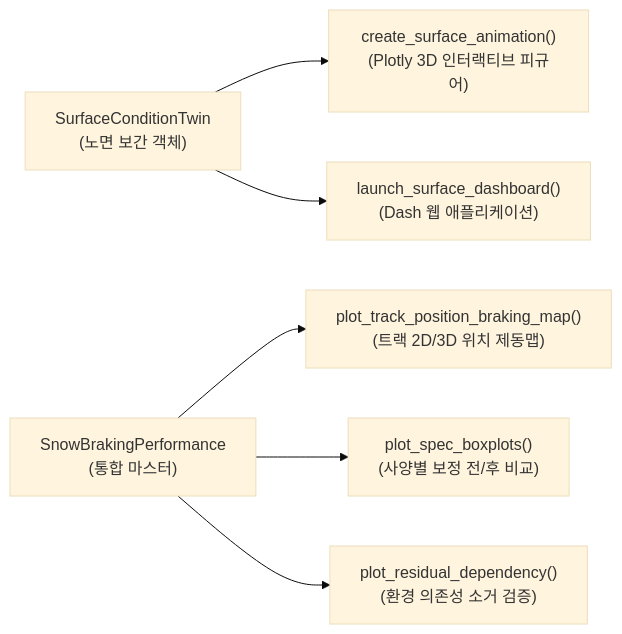
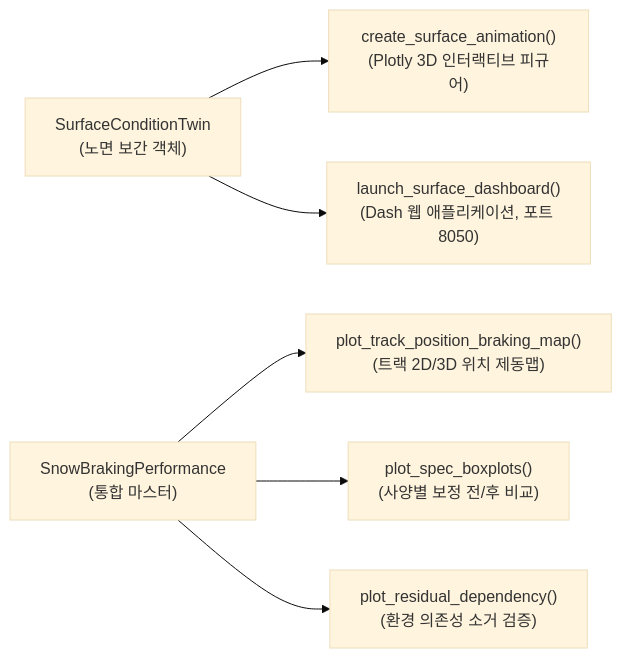
The third of 3 diagrams in 00_Inbox/스노우_노면_디지털트윈_및_제동성능_보정_위키.md (uunnooo/00_obsidian), drawn with Mermaid (base theme) before and after one commit. The commit also changed other lines of this file and 7 other files, not shown here.

````diff
--- a/00_Inbox/스노우_노면_디지털트윈_및_제동성능_보정_위키.md
+++ b/00_Inbox/스노우_노면_디지털트윈_및_제동성능_보정_위키.md
@@ -136,8 +191,8 @@
 ```mermaid
 graph LR
     A["SurfaceConditionTwin<br>(노면 보간 객체)"] --> B["create_surface_animation()<br>(Plotly 3D 인터랙티브 피규어)"]
-    A --> C["launch_surface_dashboard()<br>(Dash 웹 애플리케이션)"]
+    A --> C["launch_surface_dashboard()<br>(Dash 웹 애플리케이션, 포트 8050)"]
     D["SnowBrakingPerformance<br>(통합 마스터)"] --> E["plot_track_position_braking_map()<br>(트랙 2D/3D 위치 제동맵)"]
     D --> F["plot_spec_boxplots()<br>(사양별 보정 전/후 비교)"]
     D --> G["plot_residual_dependency()<br>(환경 의존성 소거 검증)"]
 ```
````
